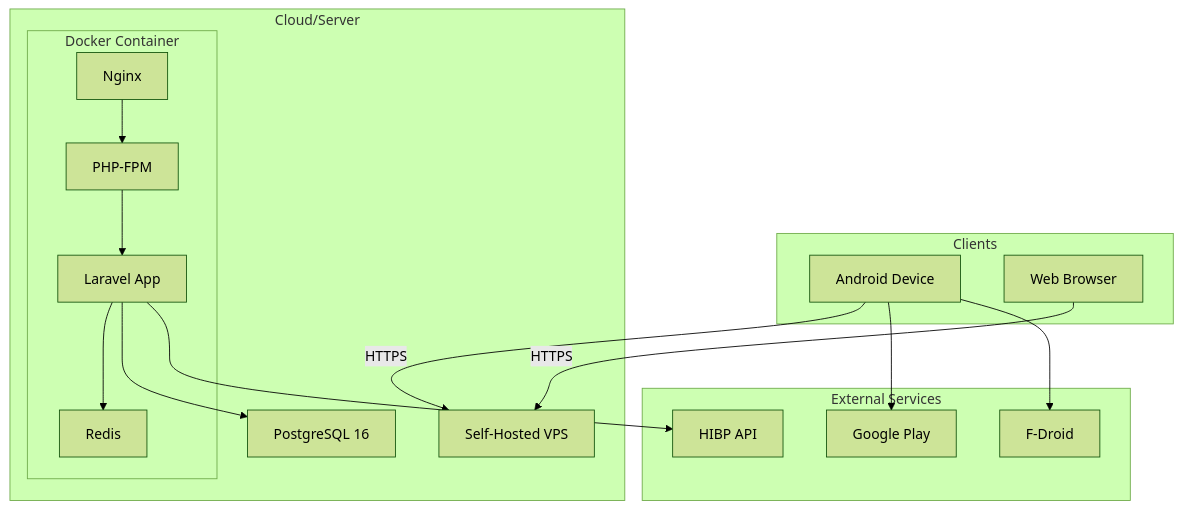
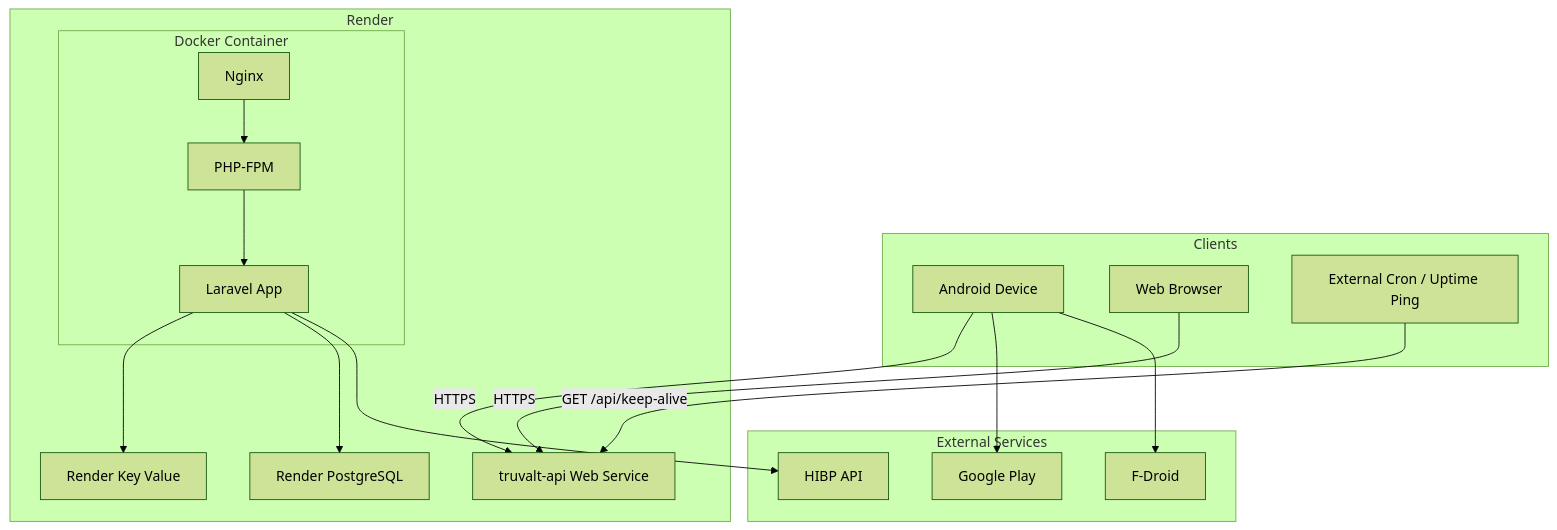
Diagram 12 of 13 in docs/DIAGRAMS.md (abhay-byte/truvalt), drawn with Mermaid (forest theme) before and after one commit. The commit also changed 15 other files, not shown here.

First line of the commit message:
chore: [CHORE-003] Switch backend to managed PostgreSQL

````diff
--- a/docs/DIAGRAMS.md
+++ b/docs/DIAGRAMS.md
@@ -586,38 +586,40 @@
 ```mermaid
 flowchart TB
     subgraph Clients
         Android["Android Device"]
         Browser["Web Browser"]
+        Cron["External Cron / Uptime Ping"]
     end
     
-    subgraph Cloud["Cloud/Server"]
-        VPS["Self-Hosted VPS"]
+    subgraph Cloud["Render"]
+        RenderWeb["truvalt-api Web Service"]
         
         subgraph Docker["Docker Container"]
             Nginx["Nginx"]
             PHP["PHP-FPM"]
             Laravel["Laravel App"]
-            Redis["Redis"]
         end
         
-        DB["PostgreSQL 16"]
+        KV["Render Key Value"]
+        DB["Render PostgreSQL"]
     end
     
     subgraph ExternalServices["External Services"]
         HIBP["HIBP API"]
         PlayStore["Google Play"]
         FDroid["F-Droid"]
     end
     
-    Android -->|HTTPS| VPS
-    Browser -->|HTTPS| VPS
+    Android -->|HTTPS| RenderWeb
+    Browser -->|HTTPS| RenderWeb
+    Cron -->|GET /api/keep-alive| RenderWeb
     
     Nginx --> PHP
     PHP --> Laravel
-    Laravel --> Redis
+    Laravel --> KV
     Laravel --> DB
     
     Laravel --> HIBP
     Android --> PlayStore
     Android --> FDroid
 ```
````
